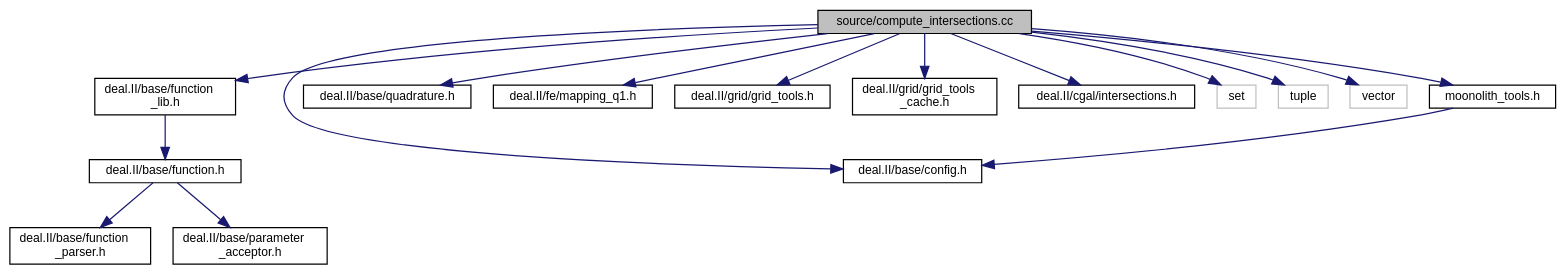
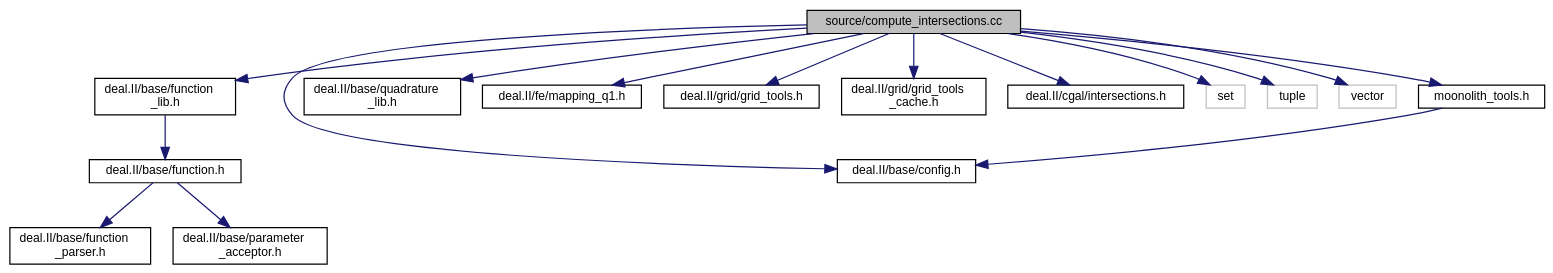
The diagram in compute__intersections_8cc__incl.dot (luca-heltai/fsi-suite), drawn with Graphviz before and after one commit. The commit also changed 487 other files, not shown here.

```diff
--- a/compute__intersections_8cc__incl.dot
+++ b/compute__intersections_8cc__incl.dot
@@ -1,37 +1,37 @@
 digraph "source/compute_intersections.cc"
 {
  // LATEX_PDF_SIZE
   bgcolor="transparent";
   edge [fontname="Helvetica",fontsize="10",labelfontname="Helvetica",labelfontsize="10"];
   node [fontname="Helvetica",fontsize="10",shape=record];
   Node1 [label="source/compute_intersections.cc",height=0.2,width=0.4,color="black", fillcolor="grey75", style="filled", fontcolor="black",tooltip=" "];
   Node1 -> Node2 [color="midnightblue",fontsize="10",style="solid",fontname="Helvetica"];
   Node2 [label="deal.II/base/config.h",height=0.2,width=0.4,color="black",URL="/__w/fsi-suite/fsi-suite/deal.tag$config_8h.html.html",tooltip=" "];
   Node1 -> Node3 [color="midnightblue",fontsize="10",style="solid",fontname="Helvetica"];
   Node3 [label="deal.II/base/function\l_lib.h",height=0.2,width=0.4,color="black",URL="/__w/fsi-suite/fsi-suite/deal.tag$function__lib_8h.html.html",tooltip=" "];
   Node3 -> Node4 [color="midnightblue",fontsize="10",style="solid",fontname="Helvetica"];
   Node4 [label="deal.II/base/function.h",height=0.2,width=0.4,color="black",URL="$function_8h.html",tooltip=" "];
   Node4 -> Node5 [color="midnightblue",fontsize="10",style="solid",fontname="Helvetica"];
   Node5 [label="deal.II/base/function\l_parser.h",height=0.2,width=0.4,color="black",URL="/__w/fsi-suite/fsi-suite/deal.tag$function__parser_8h.html.html",tooltip=" "];
   Node4 -> Node6 [color="midnightblue",fontsize="10",style="solid",fontname="Helvetica"];
   Node6 [label="deal.II/base/parameter\l_acceptor.h",height=0.2,width=0.4,color="black",URL="/__w/fsi-suite/fsi-suite/deal.tag$parameter__acceptor_8h.html.html",tooltip=" "];
   Node1 -> Node7 [color="midnightblue",fontsize="10",style="solid",fontname="Helvetica"];
-  Node7 [label="deal.II/base/quadrature.h",height=0.2,width=0.4,color="black",URL="/__w/fsi-suite/fsi-suite/deal.tag$include_2deal_8II_2base_2quadrature_8h.html.html",tooltip=" "];
+  Node7 [label="deal.II/base/quadrature\l_lib.h",height=0.2,width=0.4,color="black",URL="/__w/fsi-suite/fsi-suite/deal.tag$quadrature__lib_8h.html.html",tooltip=" "];
   Node1 -> Node8 [color="midnightblue",fontsize="10",style="solid",fontname="Helvetica"];
   Node8 [label="deal.II/fe/mapping_q1.h",height=0.2,width=0.4,color="black",URL="/__w/fsi-suite/fsi-suite/deal.tag$mapping__q1_8h.html.html",tooltip=" "];
   Node1 -> Node9 [color="midnightblue",fontsize="10",style="solid",fontname="Helvetica"];
   Node9 [label="deal.II/grid/grid_tools.h",height=0.2,width=0.4,color="black",URL="/__w/fsi-suite/fsi-suite/deal.tag$grid__tools_8h.html.html",tooltip=" "];
   Node1 -> Node10 [color="midnightblue",fontsize="10",style="solid",fontname="Helvetica"];
   Node10 [label="deal.II/grid/grid_tools\l_cache.h",height=0.2,width=0.4,color="black",URL="/__w/fsi-suite/fsi-suite/deal.tag$grid__tools__cache_8h.html.html",tooltip=" "];
   Node1 -> Node11 [color="midnightblue",fontsize="10",style="solid",fontname="Helvetica"];
   Node11 [label="deal.II/cgal/intersections.h",height=0.2,width=0.4,color="black",URL="/__w/fsi-suite/fsi-suite/deal.tag$intersections_8h.html.html",tooltip=" "];
   Node1 -> Node12 [color="midnightblue",fontsize="10",style="solid",fontname="Helvetica"];
   Node12 [label="set",height=0.2,width=0.4,color="grey75",tooltip=" "];
   Node1 -> Node13 [color="midnightblue",fontsize="10",style="solid",fontname="Helvetica"];
   Node13 [label="tuple",height=0.2,width=0.4,color="grey75",tooltip=" "];
   Node1 -> Node14 [color="midnightblue",fontsize="10",style="solid",fontname="Helvetica"];
   Node14 [label="vector",height=0.2,width=0.4,color="grey75",tooltip=" "];
   Node1 -> Node15 [color="midnightblue",fontsize="10",style="solid",fontname="Helvetica"];
   Node15 [label="moonolith_tools.h",height=0.2,width=0.4,color="black",URL="$moonolith__tools_8h.html",tooltip=" "];
   Node15 -> Node2 [color="midnightblue",fontsize="10",style="solid",fontname="Helvetica"];
 }
```
